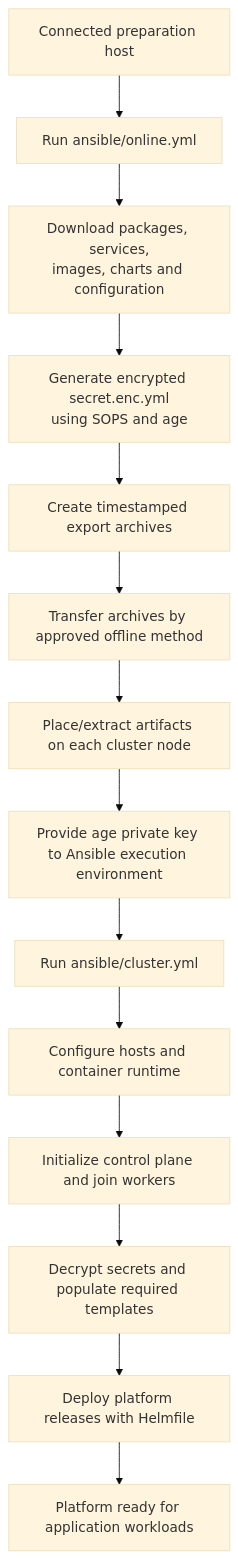
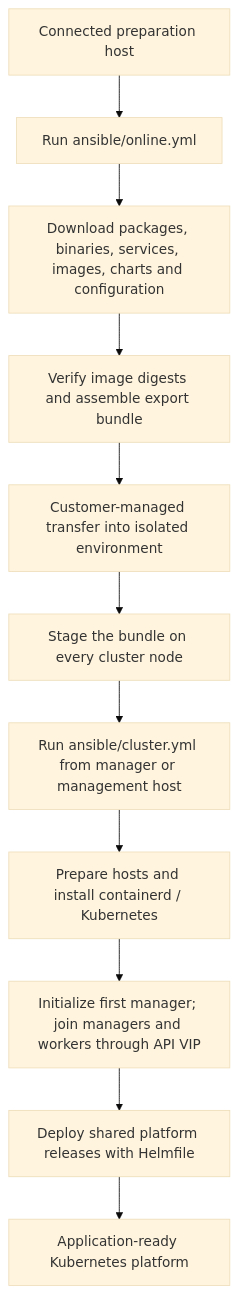
Before and after one commit to ShayeGun/base-k8s-platform: the second of 2 diagrams in README.md, drawn with Mermaid (base theme). The commit also changed other lines of this file, not shown here.

````diff
--- a/README.md
+++ b/README.md
@@ -204,16 +242,13 @@
-``` mermaid
+```mermaid
 flowchart TD
     A["Connected preparation host"] --> B["Run ansible/online.yml"]
-    B --> C["Download packages, services,<br/>images, charts and configuration"]
-    C --> D["Generate encrypted secret.enc.yml<br/>using SOPS and age"]
-    D --> E["Create timestamped export archives"]
-    E --> F["Transfer archives by approved offline method"]
-    F --> G["Place/extract artifacts on each cluster node"]
-    G --> H["Provide age private key to Ansible execution environment"]
-    H --> I["Run ansible/cluster.yml"]
-    I --> J["Configure hosts and container runtime"]
-    J --> K["Initialize control plane and join workers"]
-    K --> L["Decrypt secrets and populate required templates"]
-    L --> M["Deploy platform releases with Helmfile"]
-    M --> N["Platform ready for application workloads"]
+    B --> C["Download packages, binaries, services, images, charts and configuration"]
+    C --> D["Verify image digests and assemble export bundle"]
+    D --> E["Customer-managed transfer into isolated environment"]
+    E --> F["Stage the bundle on every cluster node"]
+    F --> G["Run ansible/cluster.yml from manager or management host"]
+    G --> H["Prepare hosts and install containerd / Kubernetes"]
+    H --> I["Initialize first manager; join managers and workers through API VIP"]
+    I --> J["Deploy shared platform releases with Helmfile"]
+    J --> K["Application-ready Kubernetes platform"]
 ```
````
